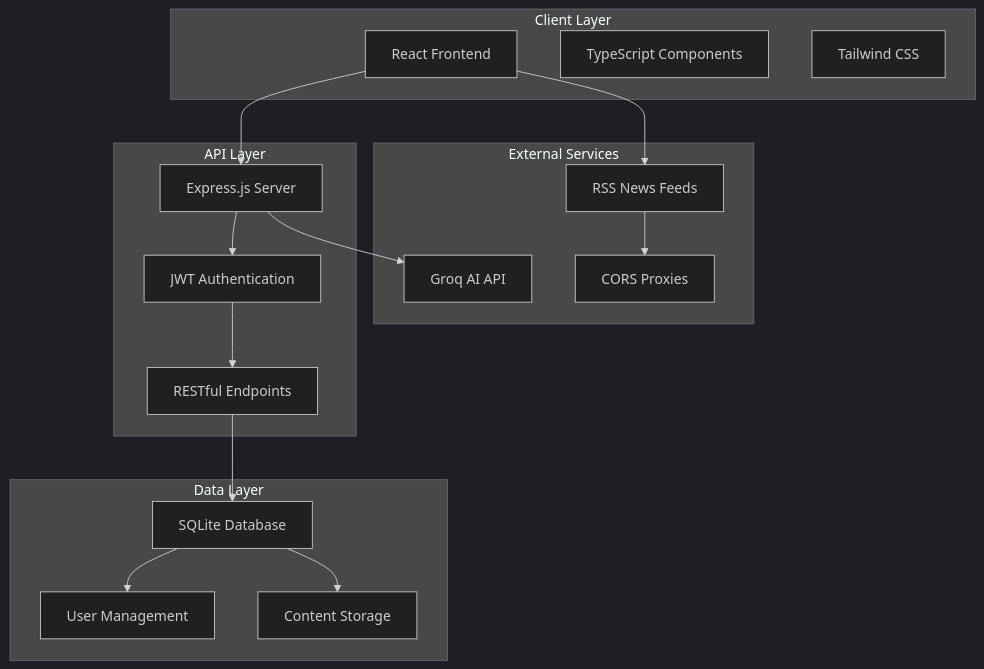
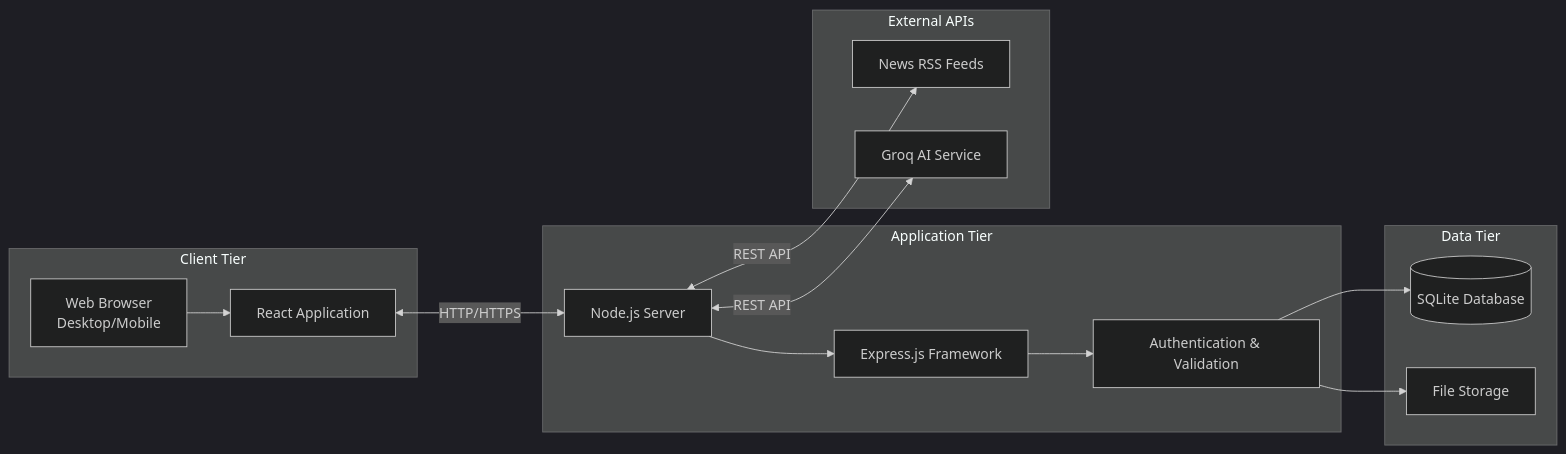
Before and after one commit to Arshi9214/News-Aggregator-and-Analysis: the second of 16 diagrams in README.md, drawn with Mermaid (dark theme). The commit also changed other lines of this file, not shown here.

Commit message:
diagramss updated

````diff
--- a/README.md
+++ b/README.md
@@ -37,36 +114,32 @@
 ```mermaid
-graph TB
-    subgraph "Client Layer"
-        A[React Frontend]
-        B[TypeScript Components]
-        C[Tailwind CSS]
+graph LR
+    subgraph "Client Tier"
+        WEB[Web Browser<br/>Desktop/Mobile]
+        UI[React Application]
     end
     
-    subgraph "API Layer"
-        D[Express.js Server]
-        E[JWT Authentication]
-        F[RESTful Endpoints]
+    subgraph "Application Tier"
+        SERVER[Node.js Server]
+        EXPRESS[Express.js Framework]
+        MIDDLEWARE[Authentication & Validation]
     end
     
-    subgraph "Data Layer"
-        G[SQLite Database]
-        H[User Management]
-        I[Content Storage]
+    subgraph "Data Tier"
+        DATABASE[(SQLite Database)]
+        FILES[File Storage]
     end
     
-    subgraph "External Services"
-        J[Groq AI API]
-        K[RSS News Feeds]
-        L[CORS Proxies]
+    subgraph "External APIs"
+        NEWS_API[News RSS Feeds]
+        AI_API[Groq AI Service]
     end
     
-    A --> D
-    D --> E
-    E --> F
-    F --> G
-    G --> H
-    G --> I
-    D --> J
-    A --> K
-    K --> L
+    WEB --> UI
+    UI <-->|HTTP/HTTPS| SERVER
+    SERVER --> EXPRESS
+    EXPRESS --> MIDDLEWARE
+    MIDDLEWARE --> DATABASE
+    MIDDLEWARE --> FILES
+    SERVER <-->|REST API| NEWS_API
+    SERVER <-->|REST API| AI_API
 ```
````
